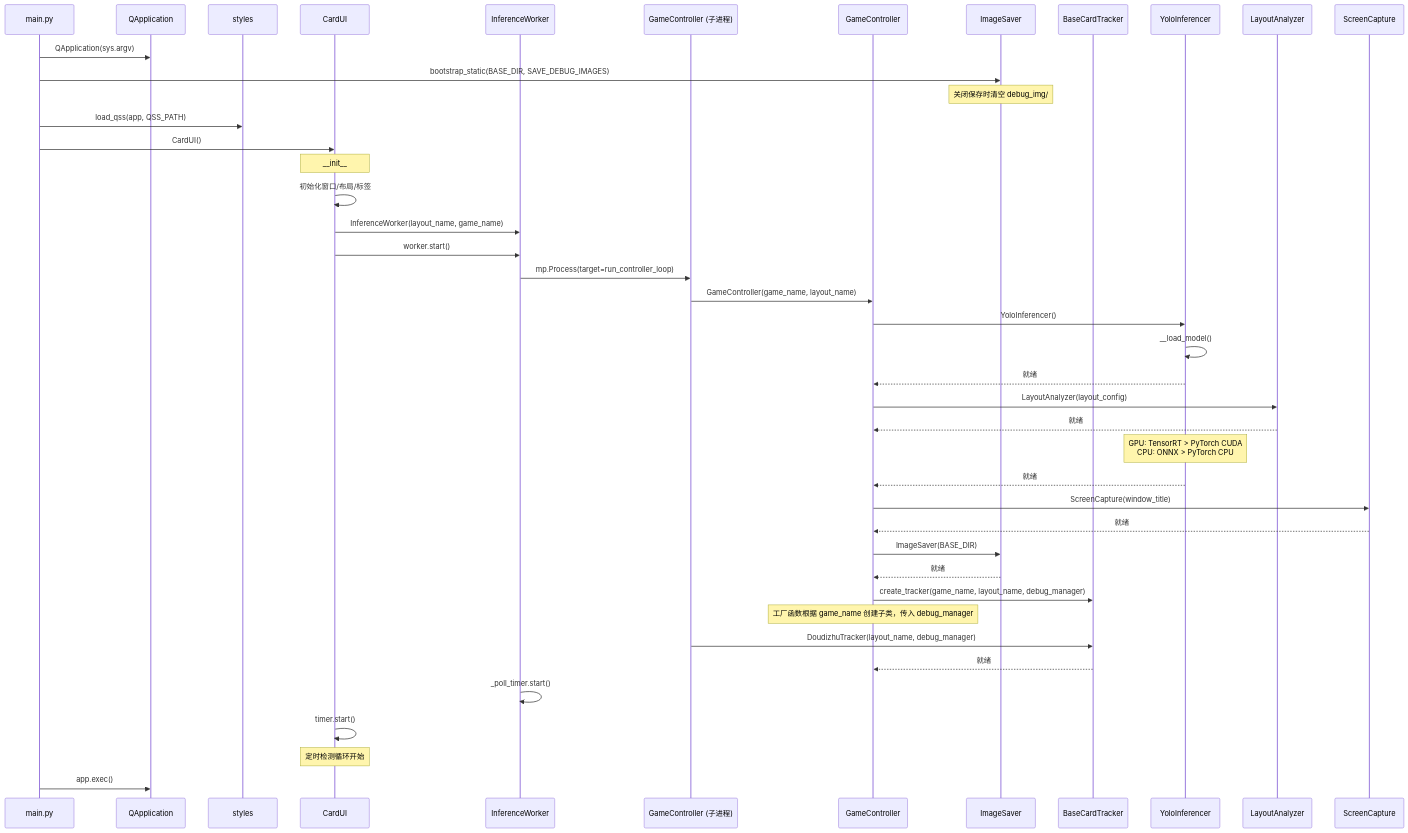
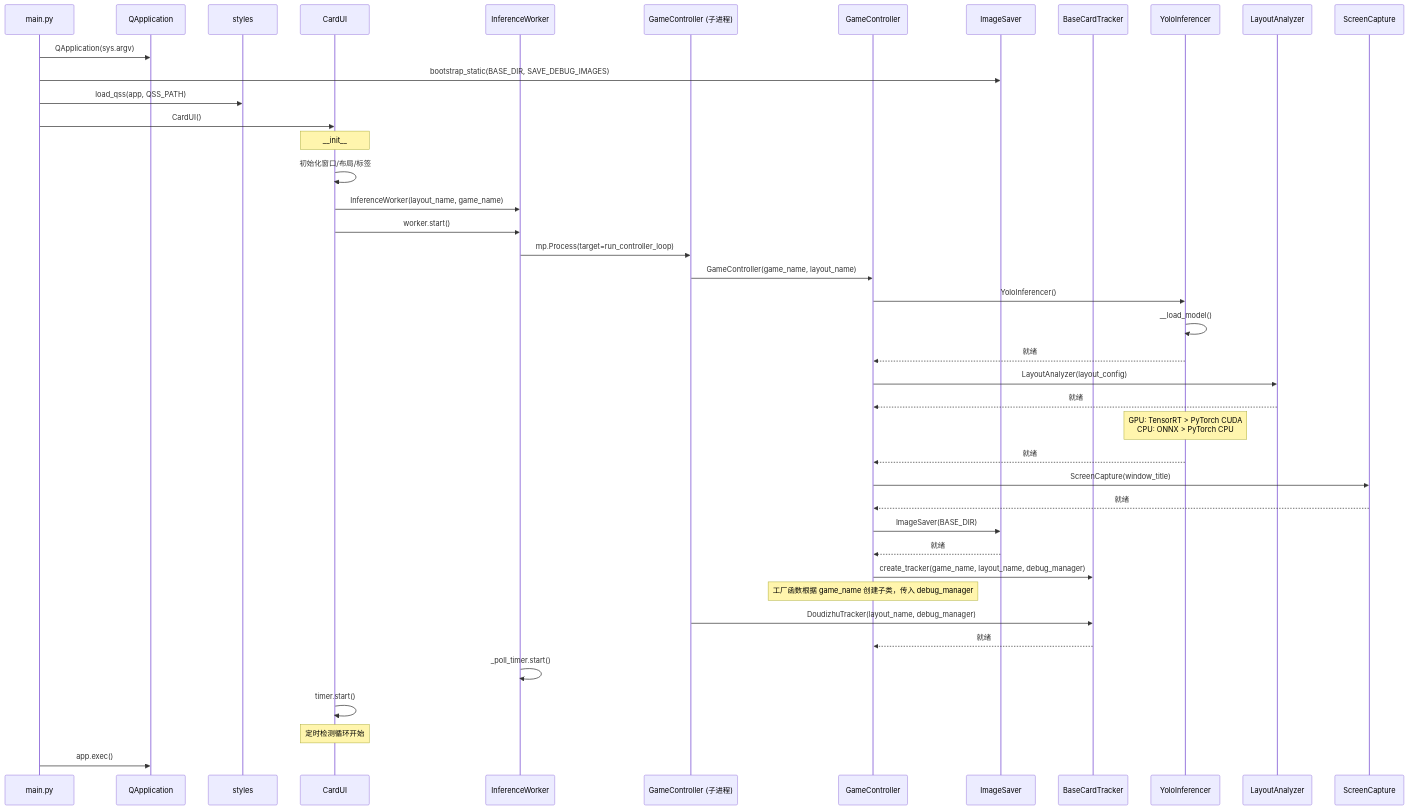
Before and after one commit to luckFan0519/han-card-tracker: the second of 6 diagrams in docs/sequence-diagram.md, drawn with Mermaid. The commit also changed other lines of this file and 19 other files, not shown here.

````diff
--- a/docs/sequence-diagram.md
+++ b/docs/sequence-diagram.md
@@ -71,49 +71,48 @@
 ```mermaid
 sequenceDiagram
     participant Main as main.py
     participant App as QApplication
     participant Styles as styles
     participant UI as CardUI
     participant Worker as InferenceWorker
     participant SubProc as GameController (子进程)
     participant Controller as GameController
     participant DebugMgr as ImageSaver
     participant Tracker as BaseCardTracker
     participant Detector as YoloInferencer
     participant Analyzer as LayoutAnalyzer
     participant Capture as ScreenCapture
 
     Main->>App: QApplication(sys.argv)
     Main->>DebugMgr: bootstrap_static(BASE_DIR, SAVE_DEBUG_IMAGES)
-    Note over DebugMgr: 关闭保存时清空 debug_img/
     Main->>Styles: load_qss(app, QSS_PATH)
     Main->>UI: CardUI()
 
     Note over UI: __init__
     UI->>UI: 初始化窗口/布局/标签
     UI->>Worker: InferenceWorker(layout_name, game_name)
     UI->>Worker: worker.start()
 
     Worker->>SubProc: mp.Process(target=run_controller_loop)
     SubProc->>Controller: GameController(game_name, layout_name)
     Controller->>Detector: YoloInferencer()
     Detector->>Detector: __load_model()
     Detector-->>Controller: 就绪
     Controller->>Analyzer: LayoutAnalyzer(layout_config)
     Analyzer-->>Controller: 就绪
     Note over Detector: GPU: TensorRT > PyTorch CUDA<br/>CPU: ONNX > PyTorch CPU
     Detector-->>Controller: 就绪
     Controller->>Capture: ScreenCapture(window_title)
     Capture-->>Controller: 就绪
     Controller->>DebugMgr: ImageSaver(BASE_DIR)
     DebugMgr-->>Controller: 就绪
     Controller->>Tracker: create_tracker(game_name, layout_name, debug_manager)
     Note over Controller: 工厂函数根据 game_name 创建子类，传入 debug_manager
     SubProc->>Tracker: DoudizhuTracker(layout_name, debug_manager)
     Tracker-->>Controller: 就绪
 
     Worker->>Worker: _poll_timer.start()
     UI->>UI: timer.start()
     Note over UI: 定时检测循环开始
     Main->>App: app.exec()
 ```
````
